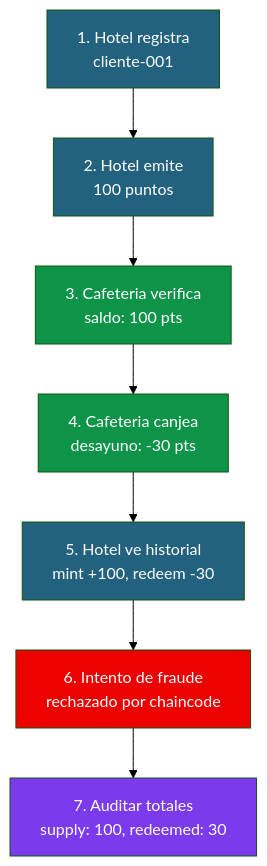
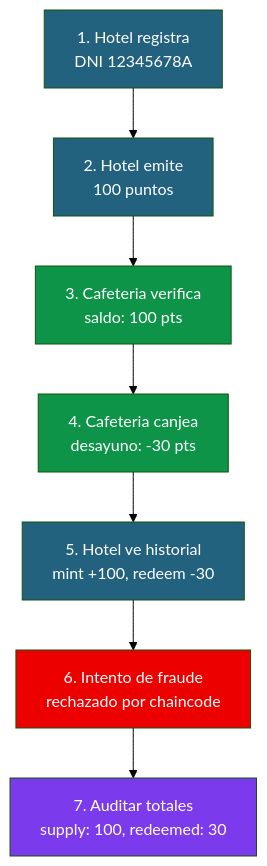
The diagram in docs/modulo-6/06-pruebas-y-demo.md (jjnieto/fabric), drawn with Mermaid (forest theme) before and after one commit. The commit also changed other lines of this file and 4 other files, not shown here.

````diff
--- a/docs/modulo-6/06-pruebas-y-demo.md
+++ b/docs/modulo-6/06-pruebas-y-demo.md
@@ -124,17 +124,17 @@
 ```mermaid
 graph TB
-    R["1. Hotel registra<br/>cliente-001"] --> M["2. Hotel emite<br/>100 puntos"]
+    R["1. Hotel registra<br/>DNI 12345678A"] --> M["2. Hotel emite<br/>100 puntos"]
     M --> V["3. Cafeteria verifica<br/>saldo: 100 pts"]
     V --> C["4. Cafeteria canjea<br/>desayuno: -30 pts"]
     C --> H["5. Hotel ve historial<br/>mint +100, redeem -30"]
     H --> F["6. Intento de fraude<br/>rechazado por chaincode"]
     F --> T["7. Auditar totales<br/>supply: 100, redeemed: 30"]
 
     style R fill:#22627E,color:#fff
     style M fill:#22627E,color:#fff
     style V fill:#0D9448,color:#fff
     style C fill:#0D9448,color:#fff
     style H fill:#22627E,color:#fff
     style F fill:#EC0000,color:#fff
     style T fill:#7C3AED,color:#fff
 ```
````
